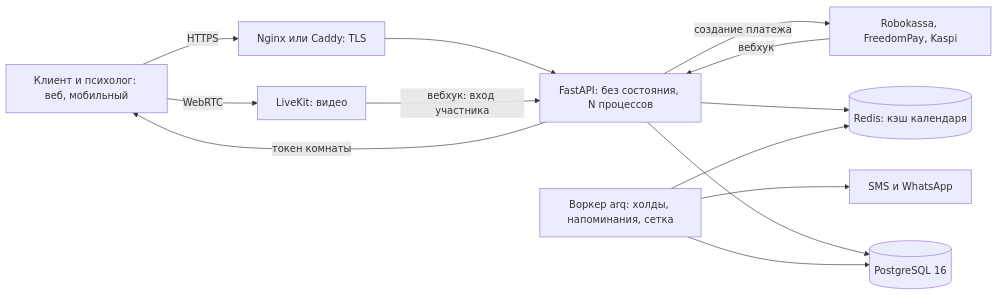
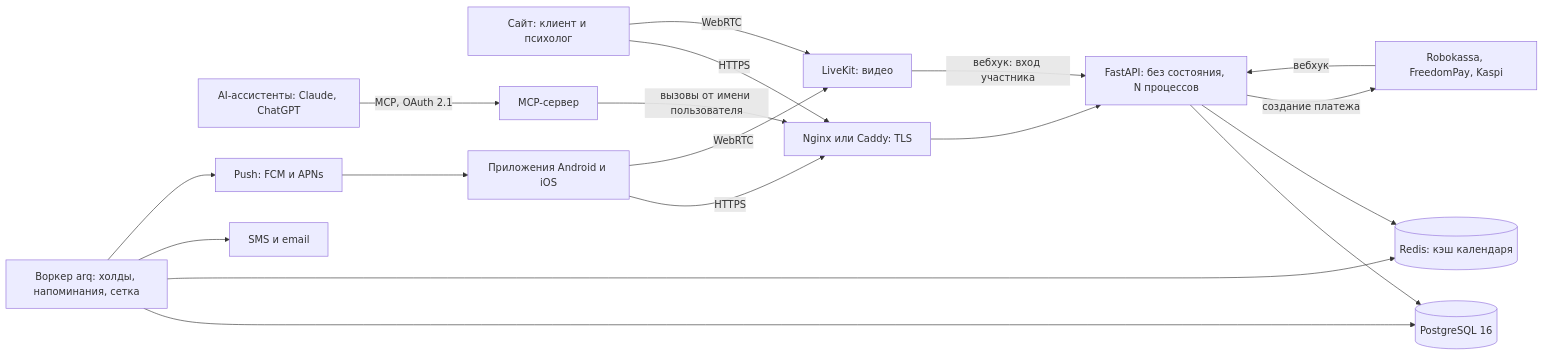
Before and after one commit to LanskovSergei/sezim_new: the first of 3 diagrams in docs/architecture.md, drawn with Mermaid. The commit also changed other lines of this file and 1 other file, not shown here.

Commit message:
Документация: мобильные приложения, push и MCP-сервер

````diff
--- a/docs/architecture.md
+++ b/docs/architecture.md
@@ -5,15 +5,19 @@
 ```mermaid
 flowchart LR
-  U["Клиент и психолог: веб, мобильный"] -->|"HTTPS"| N["Nginx или Caddy: TLS"]
+  WEB["Сайт: клиент и психолог"] -->|"HTTPS"| N["Nginx или Caddy: TLS"]
+  APP["Приложения Android и iOS"] -->|"HTTPS"| N
+  AI["AI-ассистенты: Claude, ChatGPT"] -->|"MCP, OAuth 2.1"| MCP["MCP-сервер"]
+  MCP -->|"вызовы от имени пользователя"| N
   N --> API["FastAPI: без состояния, N процессов"]
   API --> PG[("PostgreSQL 16")]
   API --> R[("Redis: кэш календаря")]
   W["Воркер arq: холды, напоминания, сетка"] --> PG
   W --> R
-  W --> SMS["SMS и WhatsApp"]
+  W --> SMS["SMS и email"]
+  W --> PUSH["Push: FCM и APNs"]
+  PUSH --> APP
   API -->|"создание платежа"| PAY["Robokassa, FreedomPay, Kaspi"]
   PAY -->|"вебхук"| API
-  API -->|"токен комнаты"| U
-  U -->|"WebRTC"| LK["LiveKit: видео"]
+  WEB & APP -->|"WebRTC"| LK["LiveKit: видео"]
   LK -->|"вебхук: вход участника"| API
 ```
````
